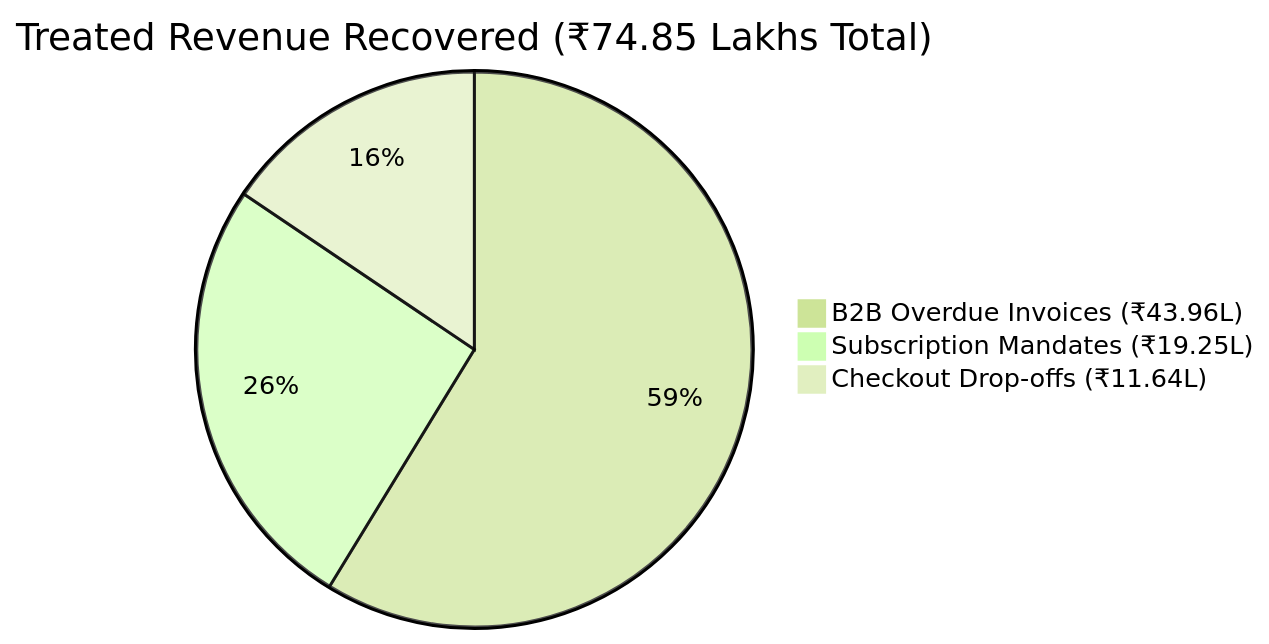
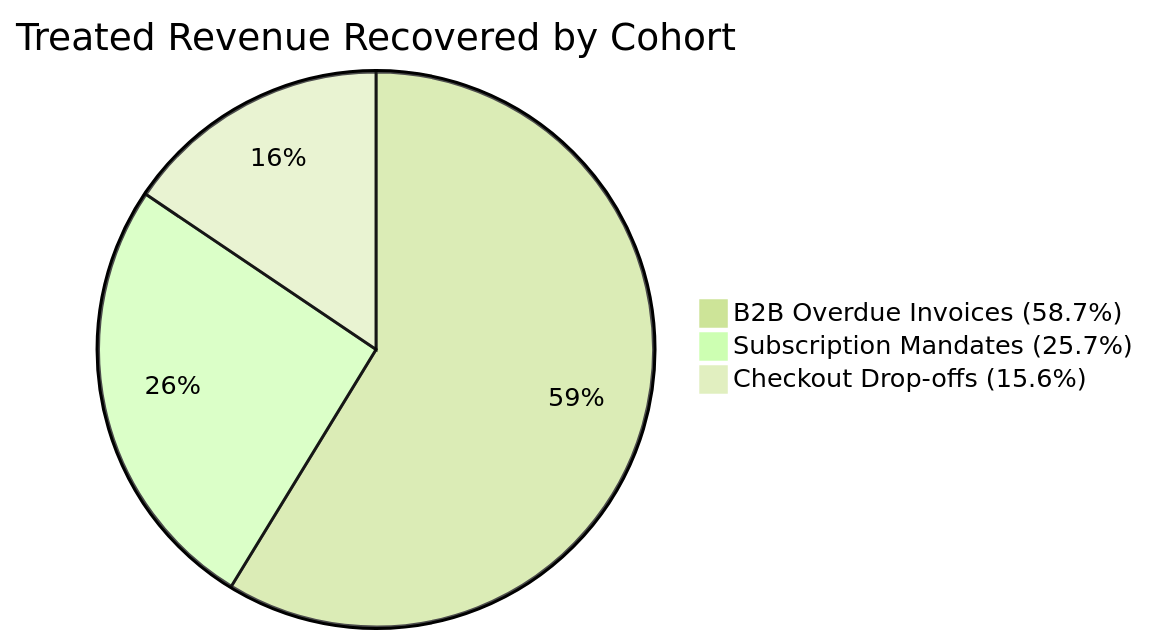
Before and after one commit to Adityaraj1969/Razorpay-Revenue-Recovery: the second of 2 diagrams in docs/Evaluation.md, drawn with Mermaid (forest theme). The commit also changed other lines of this file and 6 other files, not shown here.

Commit message:
docs: add formal Mermaid architecture diagrams across all documentation specifications

````diff
--- a/docs/Evaluation.md
+++ b/docs/Evaluation.md
@@ -161,6 +185,6 @@
 ```mermaid
-pie title Treated Revenue Recovered (₹74.85 Lakhs Total)
-    "B2B Overdue Invoices (₹43.96L)" : 4395825
-    "Subscription Mandates (₹19.25L)" : 1924740
-    "Checkout Drop-offs (₹11.64L)" : 1164375
+pie title Treated Revenue Recovered by Cohort
+    "B2B Overdue Invoices (58.7%)" : 4395825
+    "Subscription Mandates (25.7%)" : 1924740
+    "Checkout Drop-offs (15.6%)" : 1164375
 ```
````
